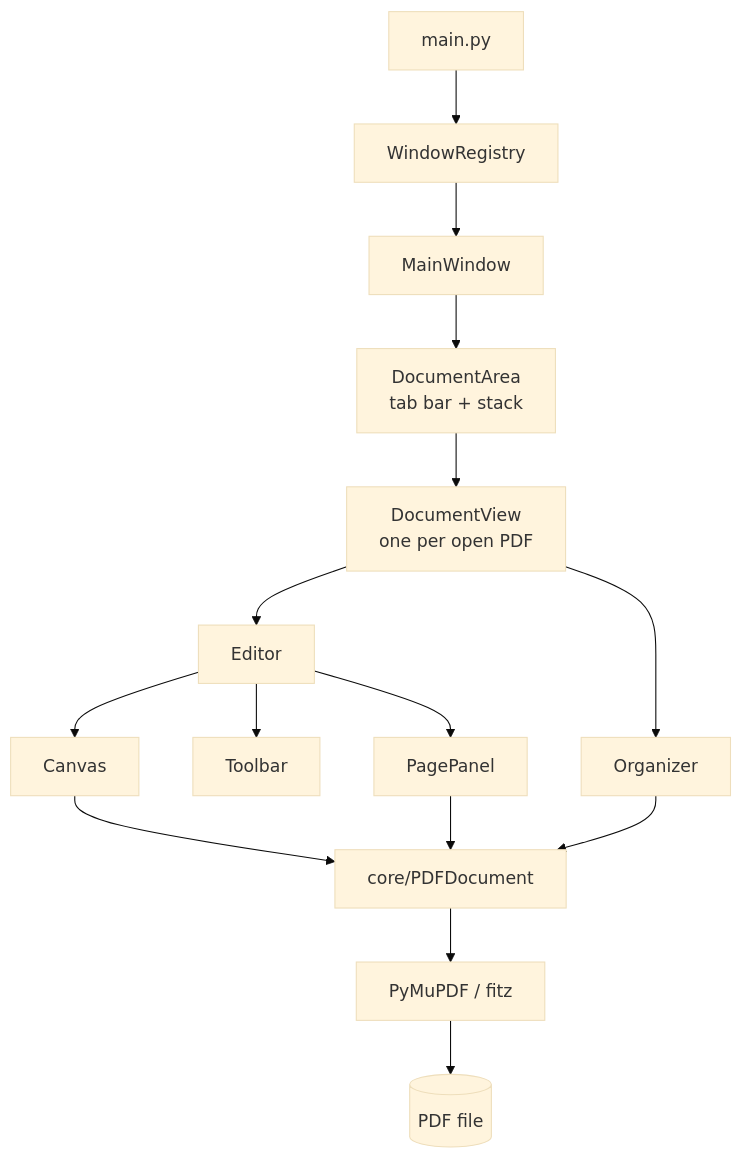
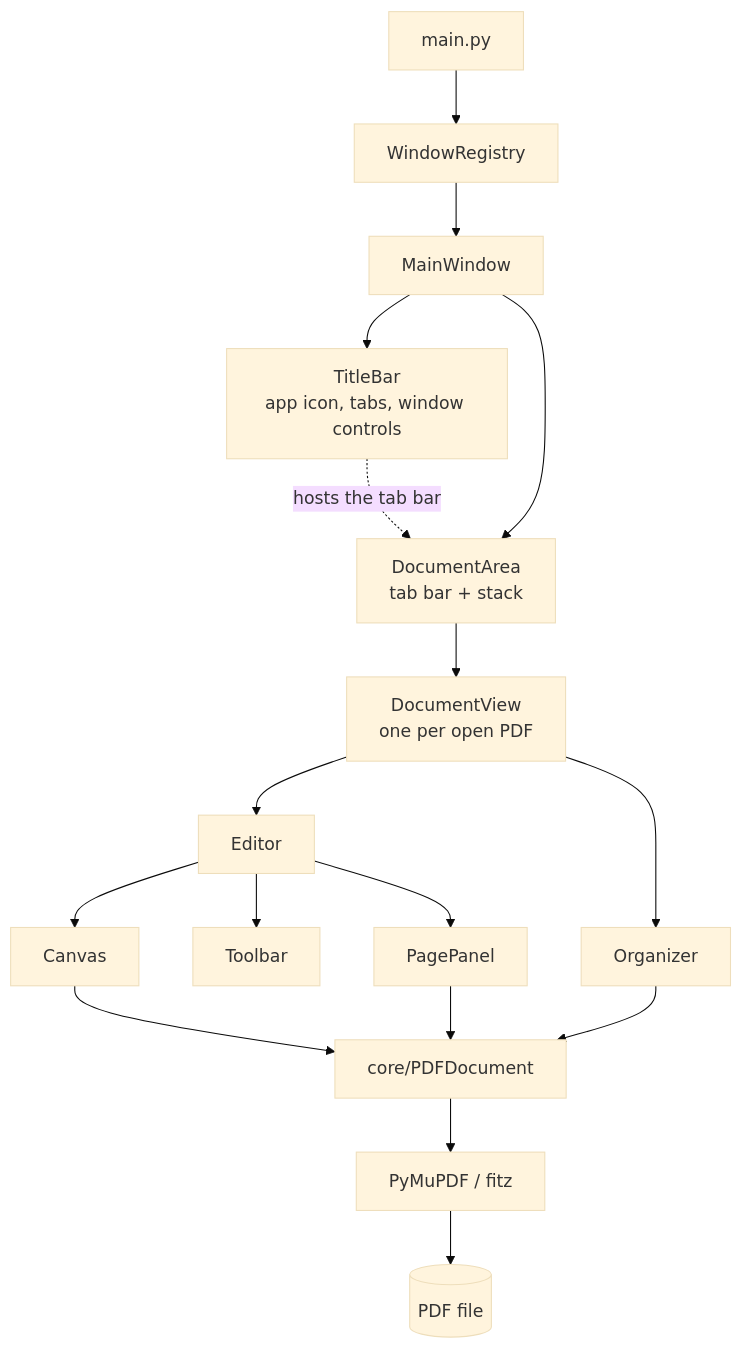
Before and after one commit to lucasrucu/rapid-pdf: the diagram in README.md, drawn with Mermaid (base theme). The commit also changed other lines of this file and 8 other files, not shown here.

First line of the commit message:
chore(release): 1.7.0, tabs in the title bar and page sharpness

````diff
--- a/README.md
+++ b/README.md
@@ -39,17 +41,19 @@
 ```mermaid
 flowchart TD
     A[main.py] --> R[WindowRegistry]
     R --> B[MainWindow]
+    B --> TB[TitleBar<br/>app icon, tabs, window controls]
     B --> AR[DocumentArea<br/>tab bar + stack]
+    TB -. hosts the tab bar .-> AR
     AR --> V[DocumentView<br/>one per open PDF]
     V --> E[Editor]
     V --> O[Organizer]
     E --> C[Canvas]
     E --> T[Toolbar]
     E --> P[PagePanel]
     C --> D[core/PDFDocument]
     O --> D
     P --> D
     D --> F[PyMuPDF / fitz]
     F --> G[(PDF file)]
 ```
````
